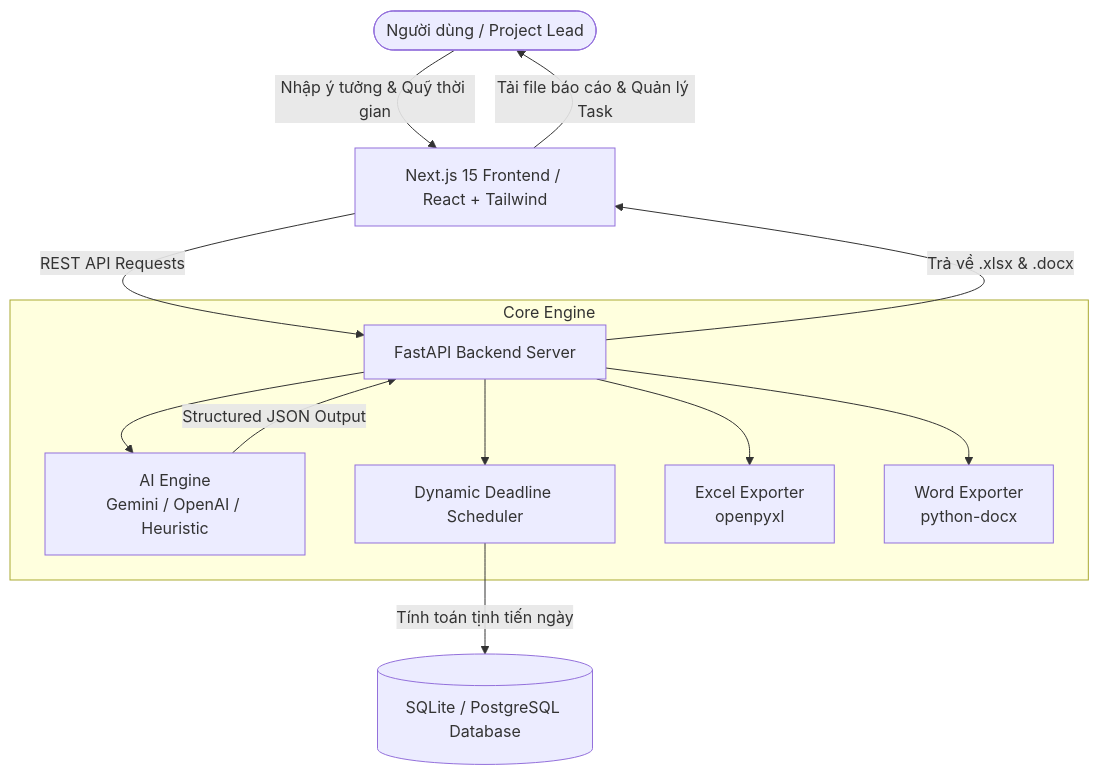
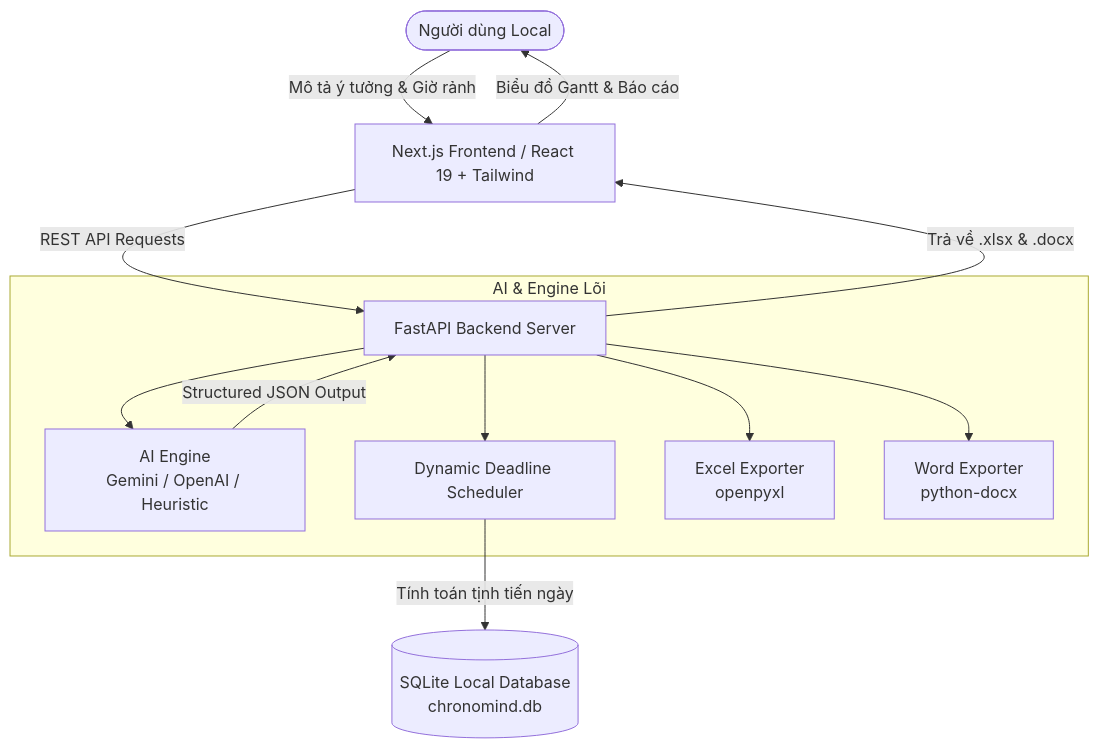
The diagram in README.md (TrungLegit/Chronomind), drawn with Mermaid before and after one commit. The commit also changed other lines of this file and 2 other files, not shown here.

Commit message:
docs: update README with quick start at top and local web screenshots

````diff
--- a/README.md
+++ b/README.md
@@ -49,17 +124,17 @@
 ```mermaid
 graph TD
-    User([Người dùng / Project Lead]) -->|Nhập ý tưởng & Quỹ thời gian| FE[Next.js 15 Frontend / React + Tailwind]
+    User([Người dùng Local]) -->|Mô tả ý tưởng & Giờ rảnh| FE[Next.js Frontend / React 19 + Tailwind]
     FE -->|REST API Requests| BE[FastAPI Backend Server]
     
-    subgraph Core Engine
+    subgraph AI & Engine Lõi
         BE --> AIEngine[AI Engine<br/>Gemini / OpenAI / Heuristic]
         BE --> Scheduler[Dynamic Deadline Scheduler]
         BE --> ExporterExcel[Excel Exporter<br/>openpyxl]
         BE --> ExporterWord[Word Exporter<br/>python-docx]
     end
 
     AIEngine -->|Structured JSON Output| BE
-    Scheduler -->|Tính toán tịnh tiến ngày| DB[(SQLite / PostgreSQL Database)]
+    Scheduler -->|Tính toán tịnh tiến ngày| DB[(SQLite Local Database<br/>chronomind.db)]
     BE -->|Trả về .xlsx & .docx| FE
-    FE -->|Tải file báo cáo & Quản lý Task| User
+    FE -->|Biểu đồ Gantt & Báo cáo| User
 ```
````
